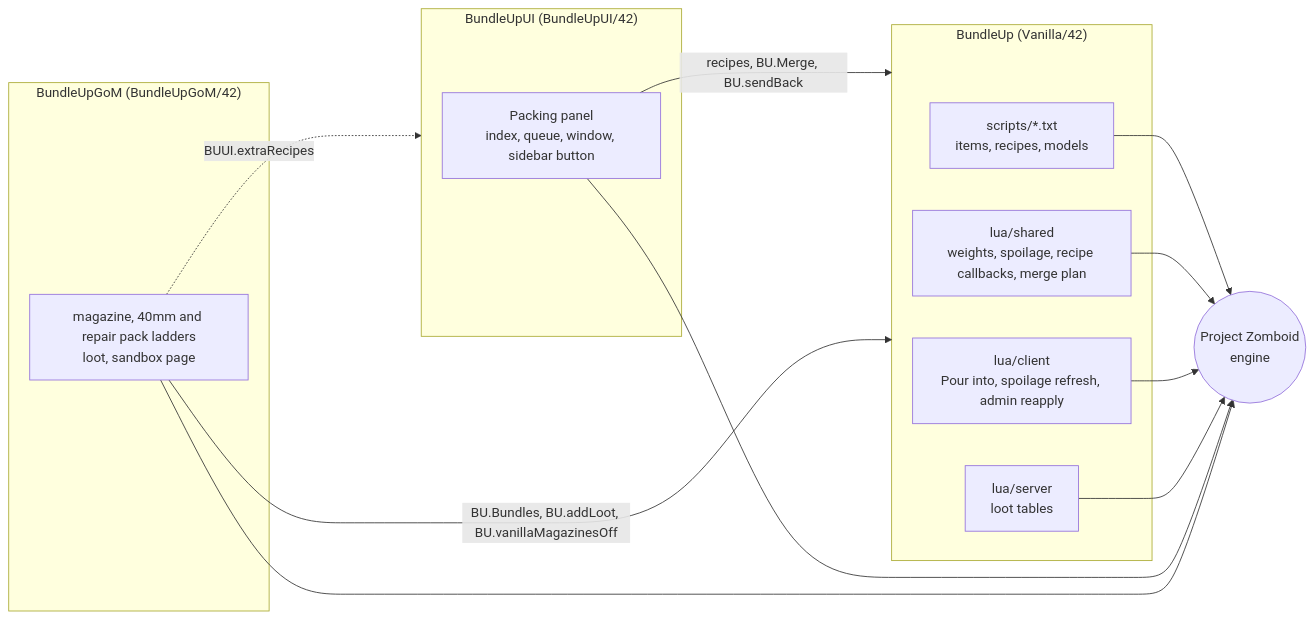
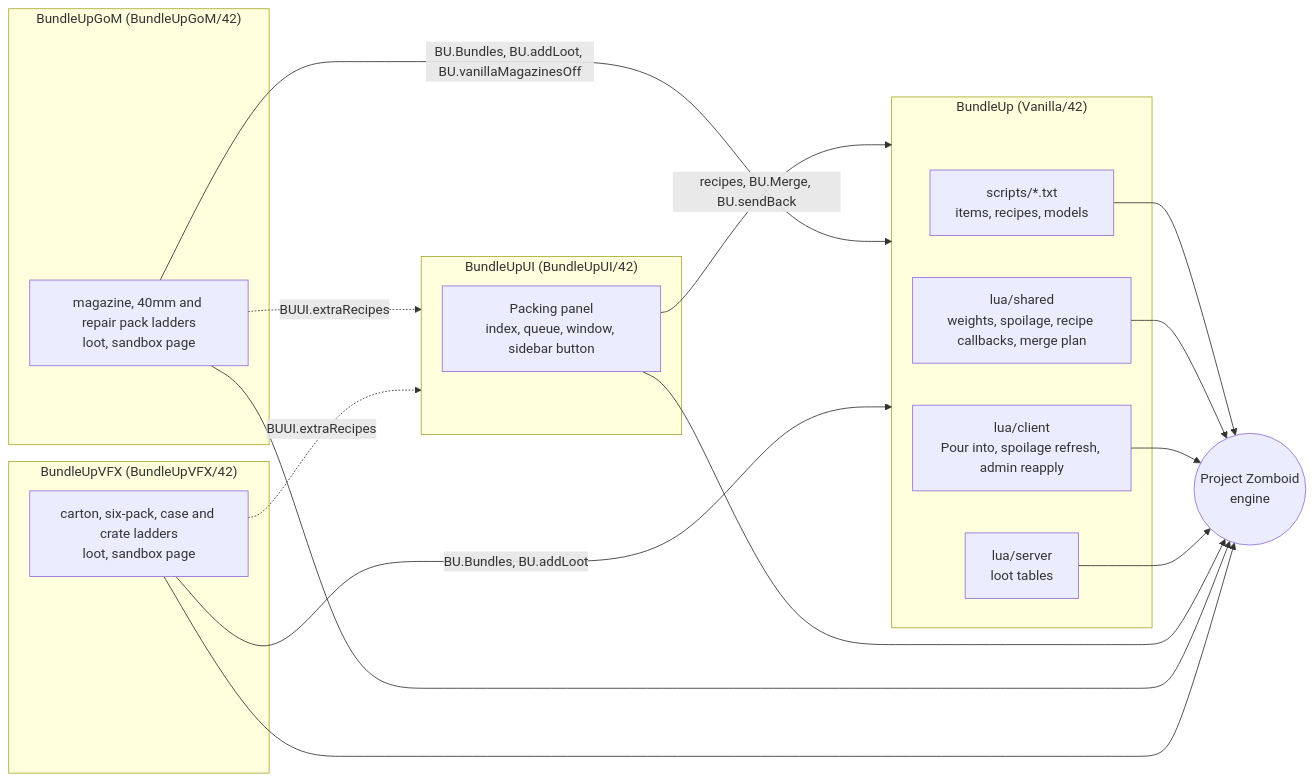
The first of 3 diagrams in ARCHITECTURE.md (mariaalexissales/Bundle-Up), drawn with Mermaid before and after one commit. The commit also changed other lines of this file and 2 other files, not shown here.

Commit message:
chore: readme, architecture and workshop page cover the vanilla foods expanded add-on

````diff
--- a/ARCHITECTURE.md
+++ b/ARCHITECTURE.md
@@ -19,25 +22,31 @@
 ```mermaid
 flowchart LR
     subgraph base["BundleUp (Vanilla/42)"]
         scripts["scripts/*.txt<br/>items, recipes, models"]
         shared["lua/shared<br/>weights, spoilage, recipe callbacks, merge plan"]
         client["lua/client<br/>Pour into, spoilage refresh, admin reapply"]
         server["lua/server<br/>loot tables"]
     end
     subgraph ui["BundleUpUI (BundleUpUI/42)"]
         panel["Packing panel<br/>index, queue, window, sidebar button"]
     end
     subgraph gom["BundleUpGoM (BundleUpGoM/42)"]
         gompacks["magazine, 40mm and repair pack ladders<br/>loot, sandbox page"]
     end
+    subgraph vfx["BundleUpVFX (BundleUpVFX/42)"]
+        vfxpacks["carton, six-pack, case and crate ladders<br/>loot, sandbox page"]
+    end
     engine(("Project Zomboid<br/>engine"))
     scripts --> engine
     shared --> engine
     client --> engine
     server --> engine
     panel -->|"recipes, BU.Merge, BU.sendBack"| base
     panel --> engine
     gompacks -->|"BU.Bundles, BU.addLoot, BU.vanillaMagazinesOff"| base
     gompacks -.->|"BUUI.extraRecipes"| ui
     gompacks --> engine
+    vfxpacks -->|"BU.Bundles, BU.addLoot"| base
+    vfxpacks -.->|"BUUI.extraRecipes"| ui
+    vfxpacks --> engine
 ```
````
